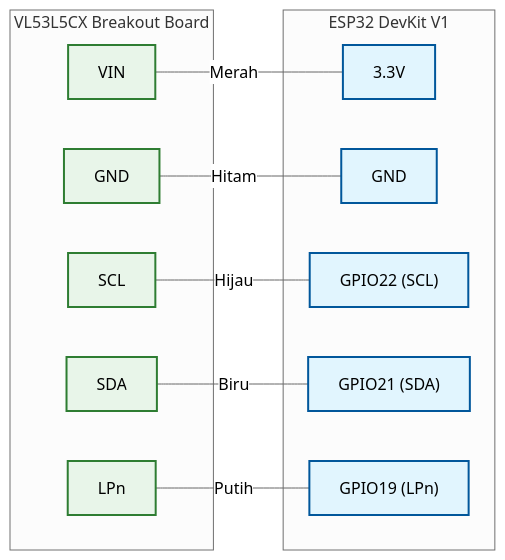
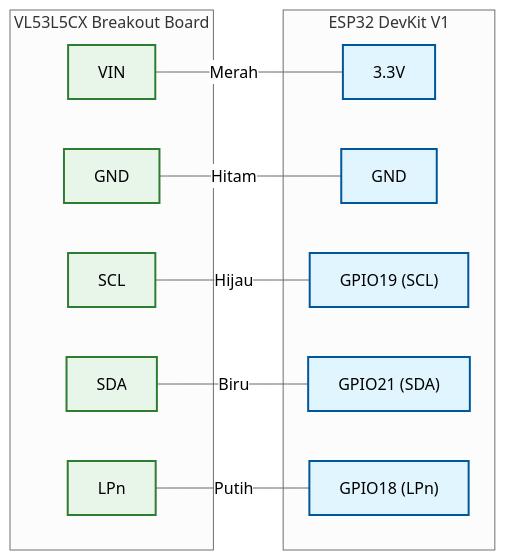
Before and after one commit to aan-andiyanaS/VNetra-Lite: the first of 6 diagrams in firmware-vnetra/wiring-diagram.md, drawn with Mermaid (neutral theme). The commit also changed other lines of this file and 1 other file, not shown here.

Commit message:
chore: Group I2C and LPn pins for ESP32 (SDA=21, SCL=19, LPN=18) to be contiguous with GND

````diff
--- a/firmware-vnetra/wiring-diagram.md
+++ b/firmware-vnetra/wiring-diagram.md
@@ -15,29 +15,29 @@
 ```mermaid
 flowchart LR
     subgraph VL53L5CX ["VL53L5CX Breakout Board"]
         VIN["VIN"]
         GND_S["GND"]
         SCL_S["SCL"]
         SDA_S["SDA"]
         LPN_S["LPn"]
     end
 
     subgraph ESP32 ["ESP32 DevKit V1"]
         P3V3["3.3V"]
         GND_E["GND"]
-        G22["GPIO22 (SCL)"]
+        G19["GPIO19 (SCL)"]
         G21["GPIO21 (SDA)"]
-        G19["GPIO19 (LPn)"]
+        G18["GPIO18 (LPn)"]
     end
 
     VIN ---|Merah| P3V3
     GND_S ---|Hitam| GND_E
-    SCL_S ---|Hijau| G22
+    SCL_S ---|Hijau| G19
     SDA_S ---|Biru| G21
-    LPN_S ---|Putih| G19
+    LPN_S ---|Putih| G18
 
     classDef sensor fill:#e8f5e9,stroke:#2e7d32,stroke-width:2px;
     classDef mcu fill:#e1f5fe,stroke:#01579b,stroke-width:2px;
     class VIN,GND_S,SCL_S,SDA_S,LPN_S sensor;
-    class P3V3,GND_E,G22,G21,G19 mcu;
+    class P3V3,GND_E,G19,G21,G18 mcu;
 ```
````
